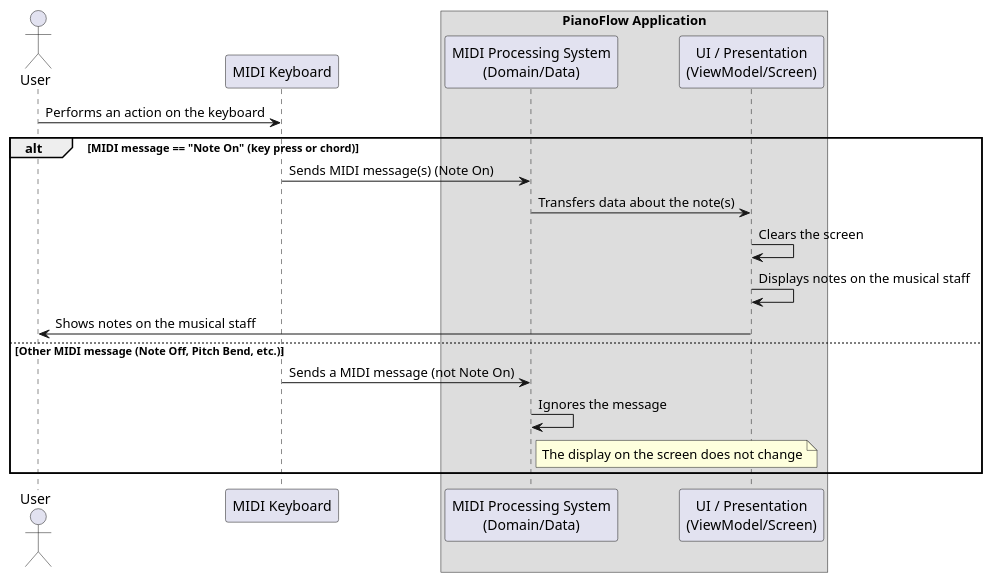
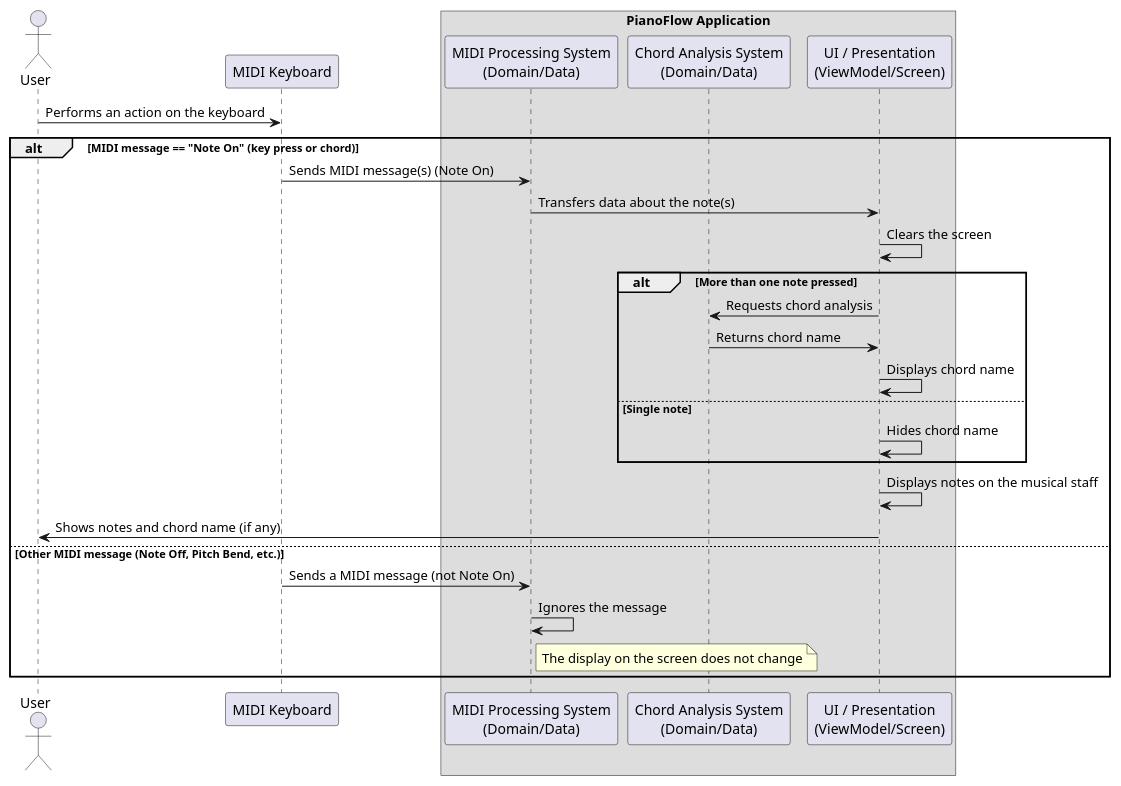
Before and after one commit to astrizhachuk/PianoFlow: the second of 2 diagrams in docs/en/uc/MIDI_MESSAGE_PROCESSING.md, drawn with PlantUML. The commit also changed other lines of this file and 47 other files, not shown here.

````diff
--- a/docs/en/uc/MIDI_MESSAGE_PROCESSING.md
+++ b/docs/en/uc/MIDI_MESSAGE_PROCESSING.md
@@ -87,29 +93,40 @@
 ```plantuml
 @startuml
 actor User as User
 participant "MIDI Keyboard" as Keyboard
 box "PianoFlow Application"
   participant "MIDI Processing System\n(Domain/Data)" as MidiProcessor
+  participant "Chord Analysis System\n(Domain/Data)" as ChordAnalyzer
   participant "UI / Presentation\n(ViewModel/Screen)" as UI
 end box
 
 User -> Keyboard : Performs an action on the keyboard
 
 alt MIDI message == "Note On" (key press or chord)
 
     Keyboard -> MidiProcessor : Sends MIDI message(s) (Note On)
     MidiProcessor -> UI : Transfers data about the note(s)
+    
     UI -> UI : Clears the screen
+    
+    alt More than one note pressed
+        UI -> ChordAnalyzer : Requests chord analysis
+        ChordAnalyzer -> UI : Returns chord name
+        UI -> UI : Displays chord name
+    else Single note
+        UI -> UI : Hides chord name
+    end
+
     UI -> UI : Displays notes on the musical staff
-    UI -> User : Shows notes on the musical staff
+    UI -> User : Shows notes and chord name (if any)
 
 else Other MIDI message (Note Off, Pitch Bend, etc.)
 
     Keyboard -> MidiProcessor : Sends a MIDI message (not Note On)
     MidiProcessor -> MidiProcessor : Ignores the message
     note right of MidiProcessor: The display on the screen does not change
 
 end
 
 @enduml
 ```
````
